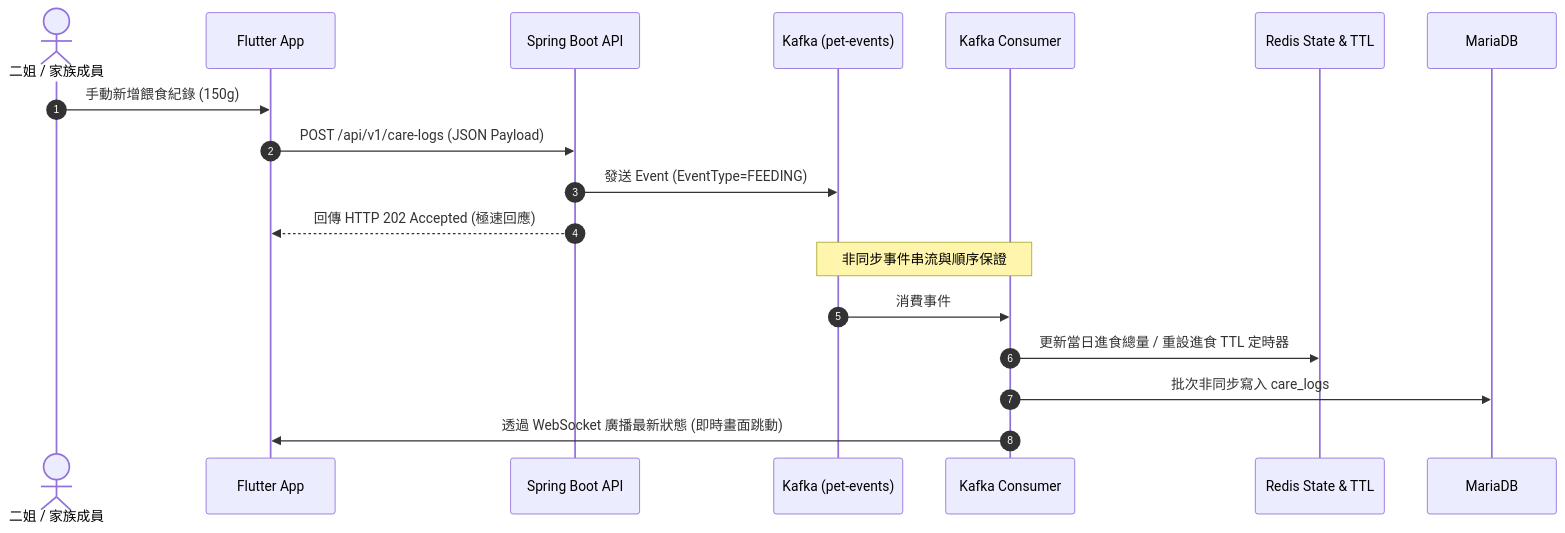
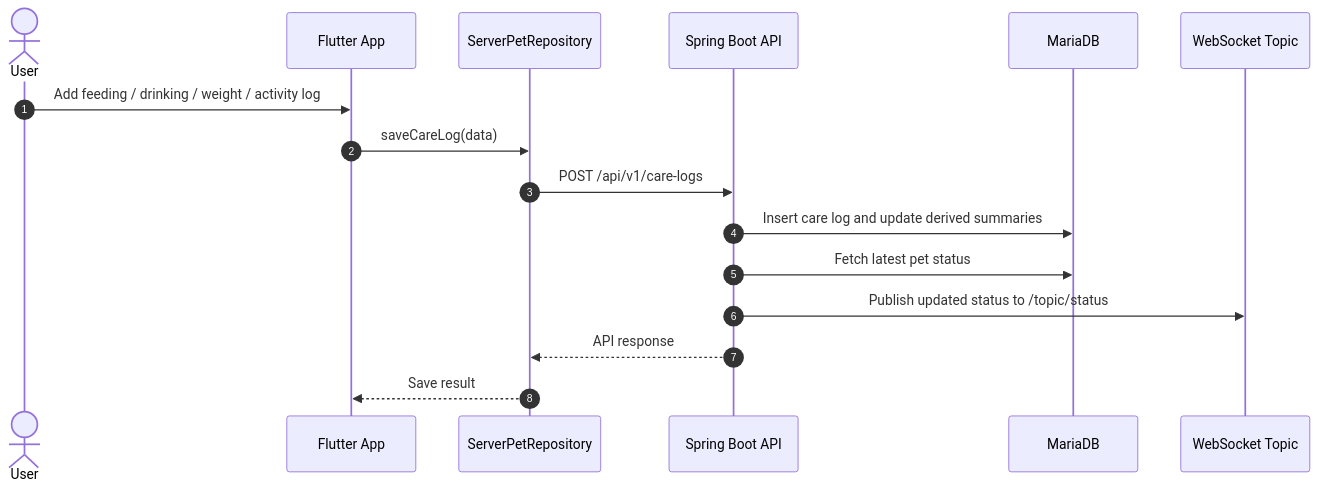
One commit to snownilight/luluHealthCheckProject changed the second of 2 diagrams in docs/ARCHITECTURE.md. Above: the diagram before and after it, drawn with Mermaid. The commit also changed other lines of this file and 95 other files, not shown here.

Commit message:
PET-044 complete Flutter platform setup and edge tests

````diff
--- a/docs/ARCHITECTURE.md
+++ b/docs/ARCHITECTURE.md
@@ -24,22 +89,19 @@
 ```mermaid
 sequenceDiagram
     autonumber
-    actor Family as 二姐 / 家族成員
+    actor User
     participant Flutter as Flutter App
+    participant Repo as ServerPetRepository
     participant API as Spring Boot API
-    participant Kafka as Kafka (pet-events)
-    participant Consumer as Kafka Consumer
-    participant Redis as Redis State & TTL
     participant DB as MariaDB
+    participant WS as WebSocket Topic
 
-    Family ->> Flutter: 手動新增餵食紀錄 (150g)
-    Flutter ->> API: POST /api/v1/care-logs (JSON Payload)
-    API ->> Kafka: 發送 Event (EventType=FEEDING)
-    API -->> Flutter: 回傳 HTTP 202 Accepted (極速回應)
-    
-    Note over Kafka, Consumer: 非同步事件串流與順序保證
-    Kafka ->> Consumer: 消費事件
-    Consumer ->> Redis: 更新當日進食總量 / 重設進食 TTL 定時器
-    Consumer ->> DB: 批次非同步寫入 care_logs
-    Consumer ->> Flutter: 透過 WebSocket 廣播最新狀態 (即時畫面跳動)
+    User->>Flutter: Add feeding / drinking / weight / activity log
+    Flutter->>Repo: saveCareLog(data)
+    Repo->>API: POST /api/v1/care-logs
+    API->>DB: Insert care log and update derived summaries
+    API->>DB: Fetch latest pet status
+    API->>WS: Publish updated status to /topic/status
+    API-->>Repo: API response
+    Repo-->>Flutter: Save result
 ```
````
